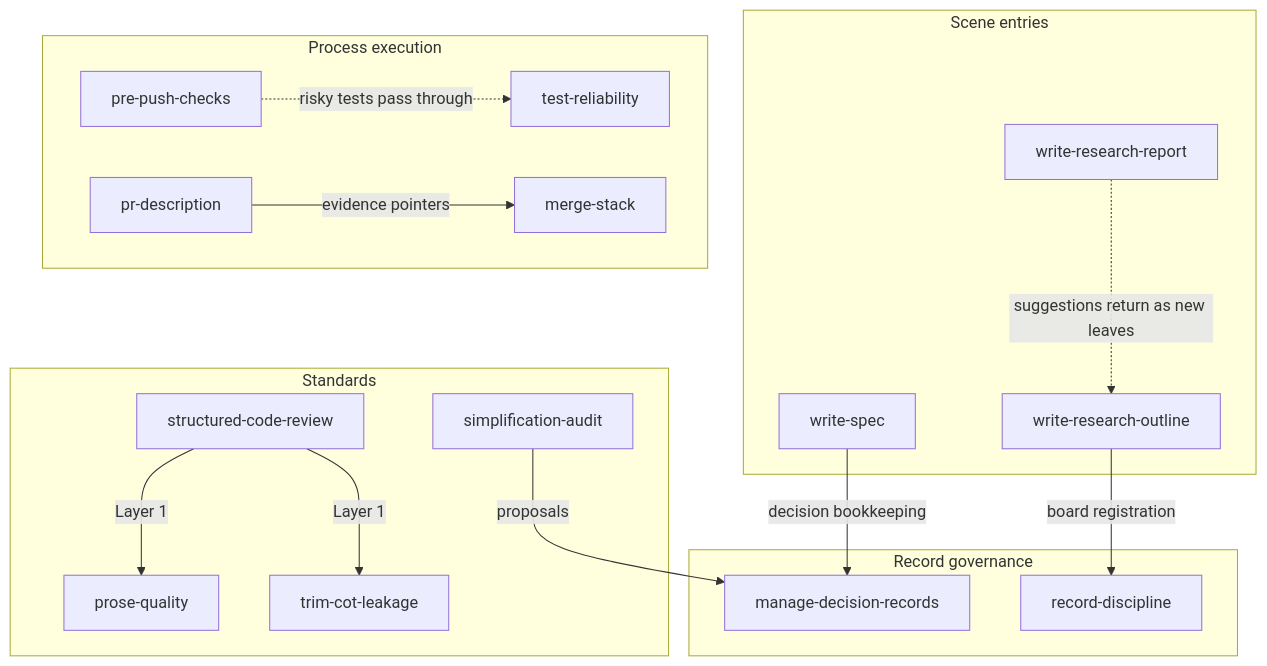
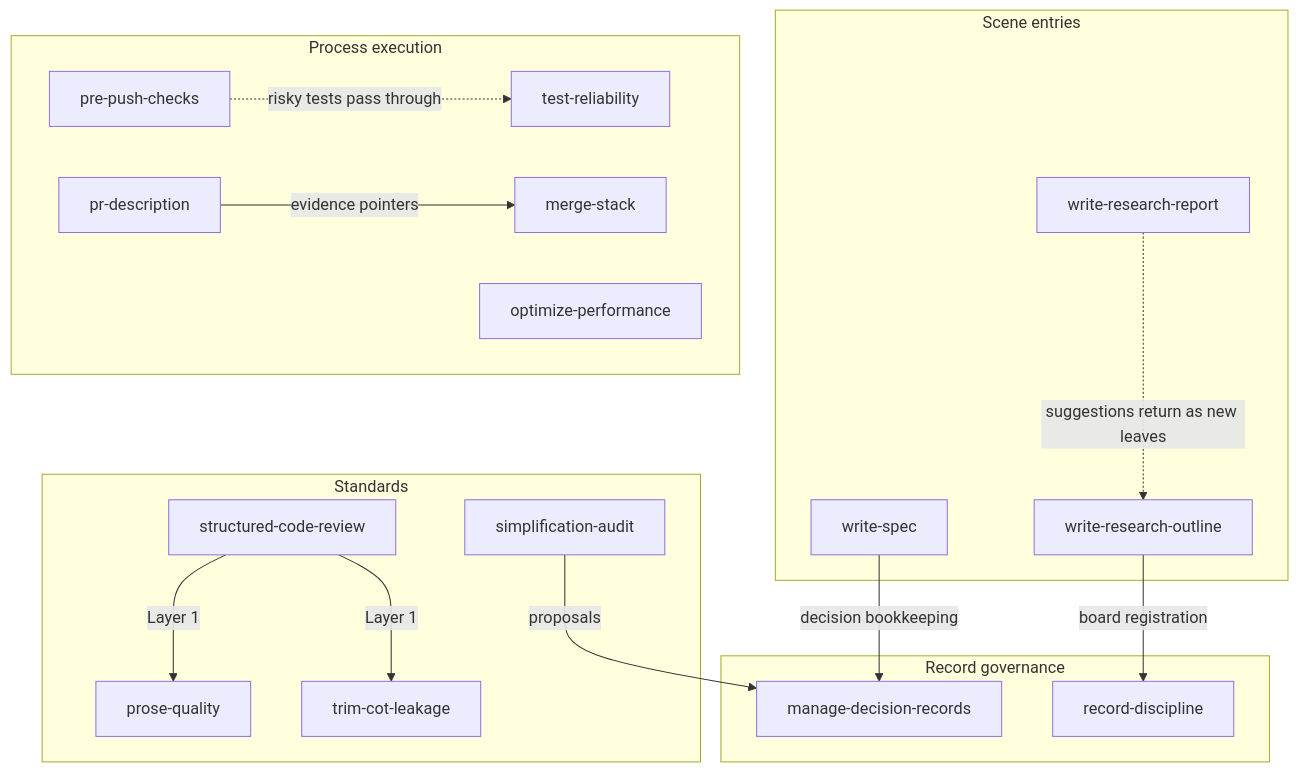
The sixth of 8 diagrams in README.en.md (nightBrise/sci-spec-loop-skill), drawn with Mermaid before and after one commit. The commit also changed other lines of this file and 17 other files, not shown here.

Commit message:
feat: unify evidence and optimization flow

````diff
--- a/README.en.md
+++ b/README.en.md
@@ -84,32 +98,33 @@
 ```mermaid
 flowchart TB
     subgraph IN["Scene entries"]
         WS["write-spec"]
         WRO["write-research-outline"]
         WRR["write-research-report"]
     end
     subgraph RG["Record governance"]
         MDR["manage-decision-records"]
         RD["record-discipline"]
     end
     subgraph AC["Standards"]
         PQ["prose-quality"]
         TCL["trim-cot-leakage"]
         SCR["structured-code-review"]
         SA["simplification-audit"]
     end
     subgraph FL["Process execution"]
         PPC["pre-push-checks"]
         PRD["pr-description"]
         MST["merge-stack"]
         TR["test-reliability"]
+        OP["optimize-performance"]
     end
     WS -->|"decision bookkeeping"| MDR
     WRO -->|"board registration"| RD
     WRR -.->|"suggestions return as new leaves"| WRO
     SCR -->|"Layer 1"| PQ
     SCR -->|"Layer 1"| TCL
     SA -->|"proposals"| MDR
     PPC -.->|"risky tests pass through"| TR
     PRD -->|"evidence pointers"| MST
 ```
````
